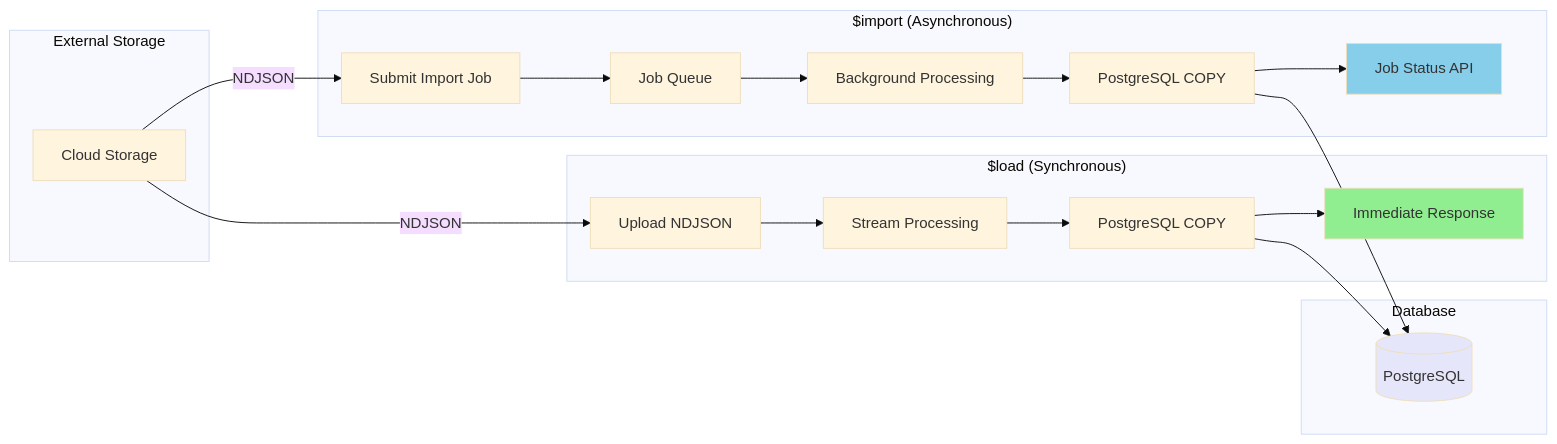
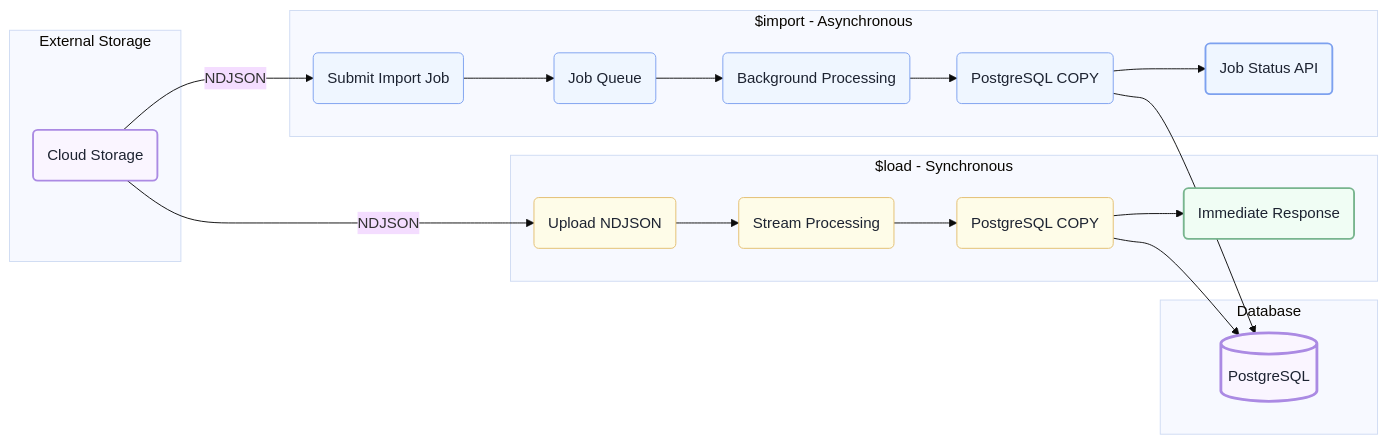
Before and after one commit to HealthSamurai/documentation: the third of 8 diagrams in docs/api/api-overview.md, drawn with Mermaid (base theme). The commit also changed other lines of this file and 2 other files, not shown here.

Commit message:
update mermaid diagrams

````diff
--- a/docs/api/api-overview.md
+++ b/docs/api/api-overview.md
@@ -178,38 +233,66 @@
 ```mermaid
 flowchart LR
+    %% NODE STYLES - RED COLOR VARIATIONS
+    classDef red1 fill:#fef2f2,stroke:#F58685,stroke-width:1px,color:#1D2331
+    classDef red2 fill:#fef2f2,stroke:#F58685,stroke-width:2px,color:#1D2331
+    classDef red3 fill:#fef2f2,stroke:#F58685,stroke-width:3px,color:#1D2331
+    %% NODE STYLES - BLUE COLOR VARIATIONS
+    classDef blue1 fill:#eff6ff,stroke:#7DA1EF,stroke-width:1px,color:#1D2331
+    classDef blue2 fill:#eff6ff,stroke:#7DA1EF,stroke-width:2px,color:#1D2331
+    classDef blue3 fill:#eff6ff,stroke:#7DA1EF,stroke-width:3px,color:#1D2331
+    %% NODE STYLES - VIOLET COLOR VARIATIONS
+    classDef violet1 fill:#faf5ff,stroke:#AB8AE3,stroke-width:1px,color:#1D2331
+    classDef violet2 fill:#faf5ff,stroke:#AB8AE3,stroke-width:2px,color:#1D2331
+    classDef violet3 fill:#faf5ff,stroke:#AB8AE3,stroke-width:3px,color:#1D2331
+    %% NODE STYLES - GREEN COLOR VARIATIONS
+    classDef green1 fill:#f0fdf4,stroke:#78B58E,stroke-width:1px,color:#1D2331
+    classDef green2 fill:#f0fdf4,stroke:#78B58E,stroke-width:2px,color:#1D2331
+    classDef green3 fill:#f0fdf4,stroke:#78B58E,stroke-width:3px,color:#1D2331
+    %% NODE STYLES - YELLOW COLOR VARIATIONS
+    classDef yellow1 fill:#fefce8,stroke:#E4BE6F,stroke-width:1px,color:#1D2331
+    classDef yellow2 fill:#fefce8,stroke:#E4BE6F,stroke-width:2px,color:#1D2331
+    classDef yellow3 fill:#fefce8,stroke:#E4BE6F,stroke-width:3px,color:#1D2331
+    %% NODE STYLES - NEUTRAL COLOR VARIATIONS
+    classDef neutral1 fill:#F5F5F6,stroke:#CCCED3,stroke-width:1px,color:#1D2331
+    classDef neutral2 fill:#F5F5F6,stroke:#CCCED3,stroke-width:2px,color:#1D2331
+    classDef neutral3 fill:#F5F5F6,stroke:#CCCED3,stroke-width:3px,color:#1D2331
+    
     subgraph "External Storage"
-        S3[Cloud Storage]
+        S3(Cloud Storage)
     end
     
-    subgraph "$load (Synchronous)"
-        L1[Upload NDJSON]
-        L2[Stream Processing]
-        L3[PostgreSQL COPY]
-        L4[Immediate Response]
+    subgraph "$load - Synchronous"
+        L1(Upload NDJSON)
+        L2(Stream Processing)
+        L3(PostgreSQL COPY)
+        L4(Immediate Response)
         
         L1 --> L2 --> L3 --> L4
     end
     
-    subgraph "$import (Asynchronous)"
-        I1[Submit Import Job]
-        I2[Job Queue]
-        I3[Background Processing]
-        I4[PostgreSQL COPY]
-        I5[Job Status API]
+    subgraph "$import - Asynchronous"
+        I1(Submit Import Job)
+        I2(Job Queue)
+        I3(Background Processing)
+        I4(PostgreSQL COPY)
+        I5(Job Status API)
         
         I1 --> I2 --> I3 --> I4 --> I5
     end
     
     subgraph "Database"
         DB[(PostgreSQL)]
     end
     
     S3 -->|NDJSON| L1
     S3 -->|NDJSON| I1
     L3 --> DB
     I4 --> DB
     
-    style L4 fill:#90EE90
-    style I5 fill:#87CEEB
-    style DB fill:#E6E6FA
+    class S3 violet2
+    class L1,L2,L3 yellow1
+    class L4 green2
+    class I1,I2,I3,I4 blue1
+    class I5 blue2
+    class DB violet3
 ```
````
